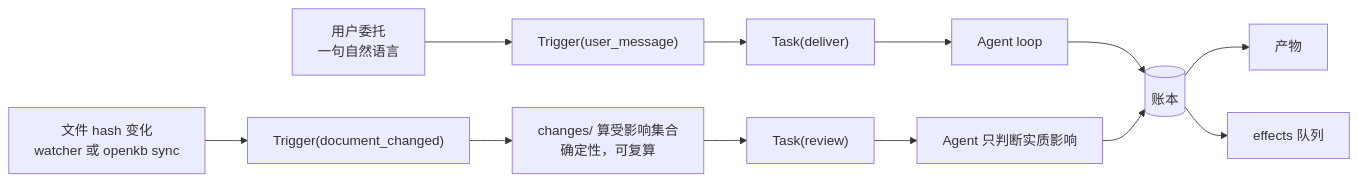
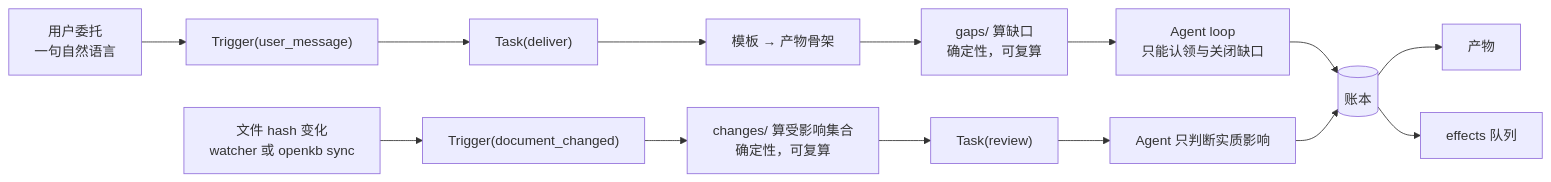
Before and after one commit to Kstheme/open-super-agent-kb: the fourth of 11 diagrams in docs/architecture.md, drawn with Mermaid. The commit also changed other lines of this file and 11 other files, not shown here.

````diff
--- a/docs/architecture.md
+++ b/docs/architecture.md
@@ -184,16 +190,18 @@
 ```mermaid
 flowchart LR
     U["用户委托<br/>一句自然语言"] --> T1["Trigger(user_message)"]
     F["文件 hash 变化<br/>watcher 或 openkb sync"] --> T2["Trigger(document_changed)"]
 
     T1 --> K1["Task(deliver)"]
+    K1 --> SK["模板 → 产物骨架"]
+    SK --> GP["gaps/ 算缺口<br/>确定性，可复算"]
     T2 --> CHG["changes/ 算受影响集合<br/>确定性，可复算"]
     CHG --> K2["Task(review)"]
 
-    K1 --> LOOP["Agent loop"]
+    GP --> LOOP["Agent loop<br/>只能认领与关闭缺口"]
     K2 --> NEW["Agent 只判断实质影响"]
     LOOP --> LG[("账本")]
     NEW --> LG
     LG --> ART["产物"]
     LG --> EF["effects 队列"]
 ```
````
